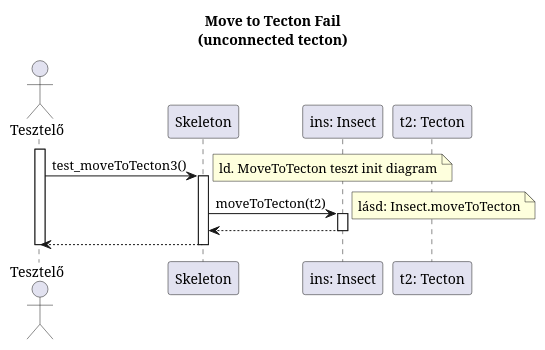
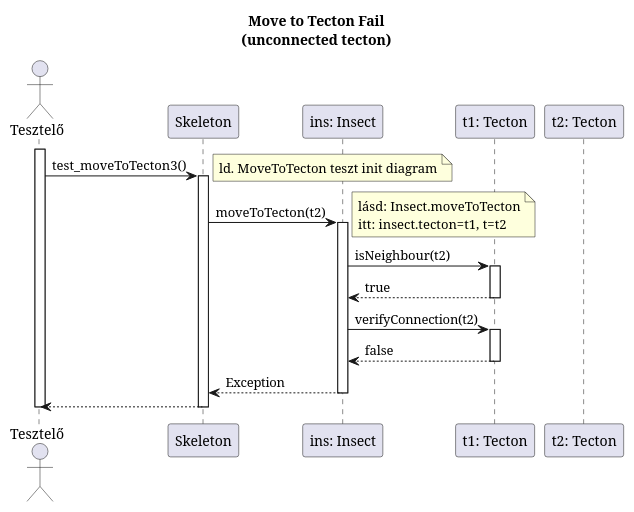
Before and after one commit to dzsem/projlab: the diagram in diagrams/test-sequence/insect/moveToTecton3.plantuml, drawn with PlantUML. The commit also changed 3 other files, not shown here.

Commit message:
Update moveToTecton test diagrams

```diff
--- a/diagrams/test-sequence/insect/moveToTecton3.plantuml
+++ b/diagrams/test-sequence/insect/moveToTecton3.plantuml
@@ -1,37 +1,50 @@
 @startuml test_moveToTecton3
 
 title Move to Tecton Fail\n(unconnected tecton)
 
 actor "Tesztelő" as t
 participant "Skeleton" as ske
 participant "ins: Insect" as i
+participant "t1: Tecton" as t1
 participant "t2: Tecton" as t2
 
 activate t
 
 t -> ske: test_moveToTecton3()
 note right: ld. MoveToTecton teszt init diagram
 activate ske
 
 	ske -> i: moveToTecton(t2)
 	activate i
-	note right: lásd: Insect.moveToTecton
+	note right: lásd: Insect.moveToTecton\nitt: insect.tecton=t1, t=t2
 
-	ske <-- i
+		i -> t1: isNeighbour(t2)
+		activate t1
+
+		i <-- t1: true
+		deactivate t1
+
+		i -> t1: verifyConnection(t2)
+		activate t1
+
+		i <-- t1: false
+		deactivate t1
+
+	ske <-- i: Exception
 	deactivate i
 
 '	opt ins.tecton != originalTecton 't1
 '		t -> logger: printError("test_moveToTecton3 failed")
 '		activate logger
 '
 '		t <-- logger
 '		deactivate logger
 '	end
 
 t <-- ske
 deactivate ske
 
 deactivate t
 
 
 @enduml
```
